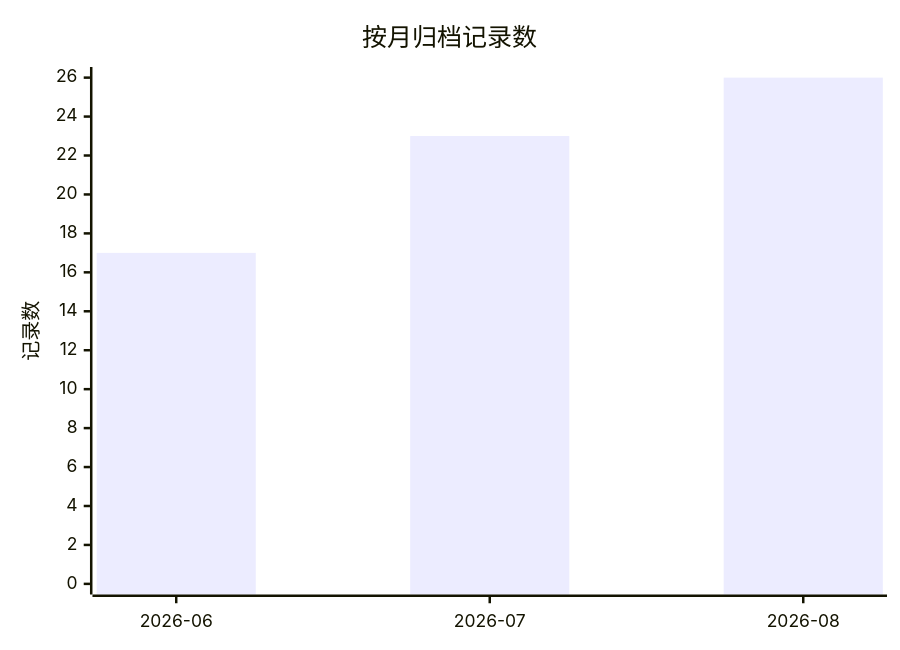
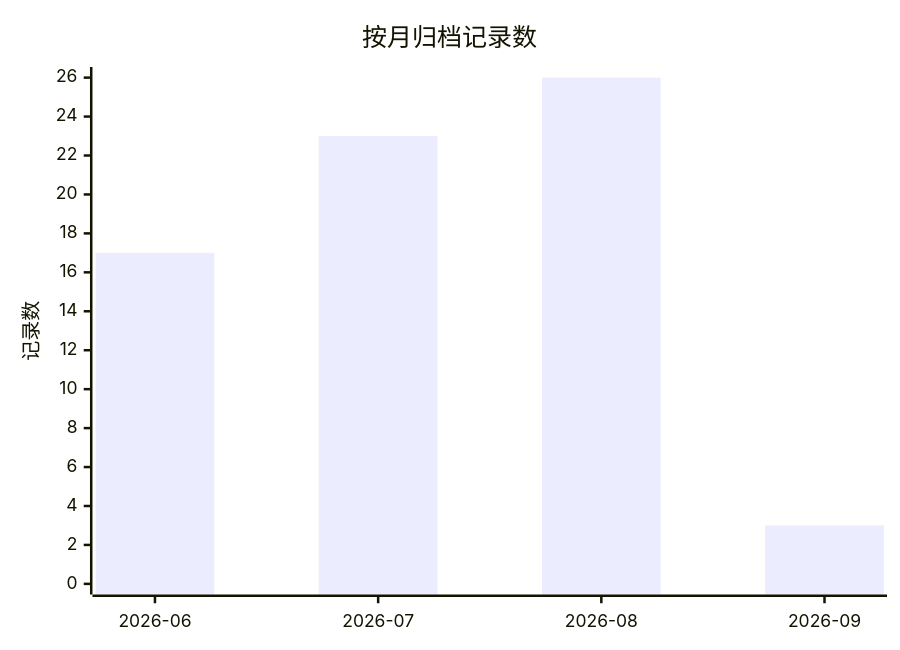
Before and after one commit to golddream-y/obsidian-ratel: the first of 2 diagrams in docs/superpowers/ARCHIVE.md, drawn with Mermaid. The commit also changed other lines of this file and 40 other files, not shown here.

````diff
--- a/docs/superpowers/ARCHIVE.md
+++ b/docs/superpowers/ARCHIVE.md
@@ -14,7 +14,7 @@
 ```mermaid
 xychart-beta
     title "按月归档记录数"
-    x-axis ["2026-06", "2026-07", "2026-08"]
+    x-axis ["2026-06", "2026-07", "2026-08", "2026-09"]
     y-axis "记录数" 0 --> 26
-    bar [17, 23, 26]
+    bar [17, 23, 26, 3]
 ```
````
